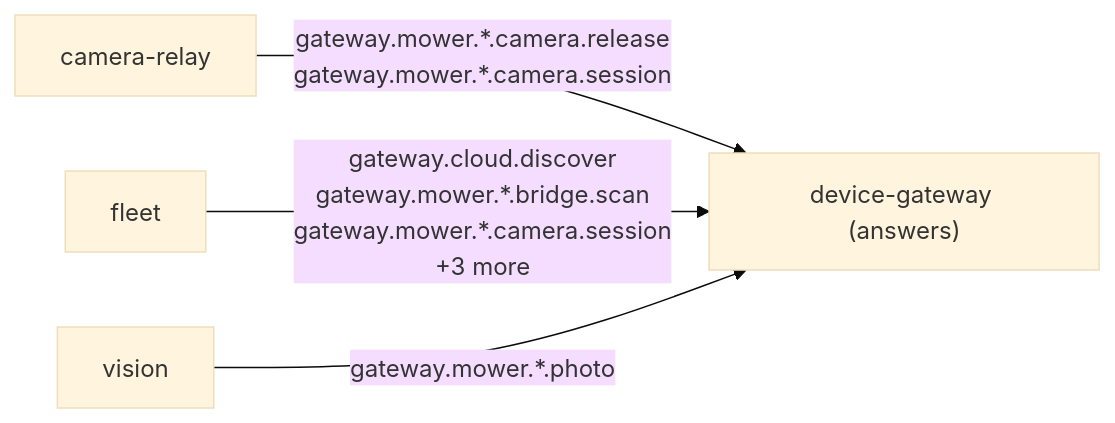
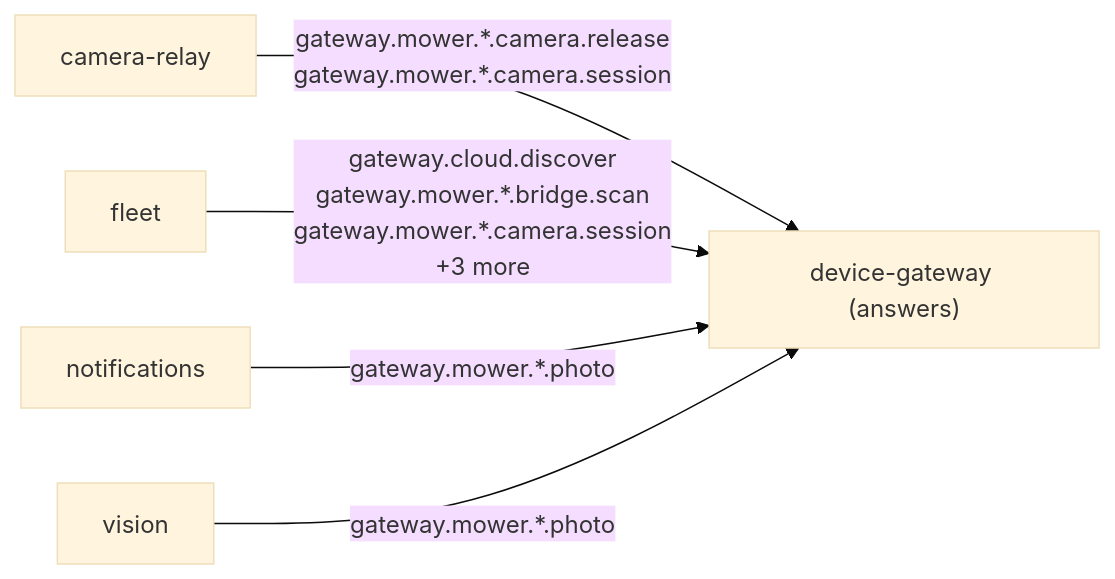
The tenth of 15 diagrams in docs/architecture/generated.md (lukislp/mowdeck), drawn with Mermaid (base theme) before and after one commit. The commit also changed other lines of this file, not shown here.

Commit message:
docs: regenerate the architecture diagrams

````diff
--- a/docs/architecture/generated.md
+++ b/docs/architecture/generated.md
@@ -329,10 +329,12 @@
 ```mermaid
 flowchart LR
   r_device_gateway["device-gateway (answers)"]
   q_camera_relay["camera-relay"]
   q_camera_relay -->|"gateway.mower.*.camera.release<br/>gateway.mower.*.camera.session"| r_device_gateway
   q_fleet["fleet"]
   q_fleet -->|"gateway.cloud.discover<br/>gateway.mower.*.bridge.scan<br/>gateway.mower.*.camera.session<br/>+3 more"| r_device_gateway
+  q_notifications["notifications"]
+  q_notifications -->|"gateway.mower.*.photo"| r_device_gateway
   q_vision["vision"]
   q_vision -->|"gateway.mower.*.photo"| r_device_gateway
 ```
````
